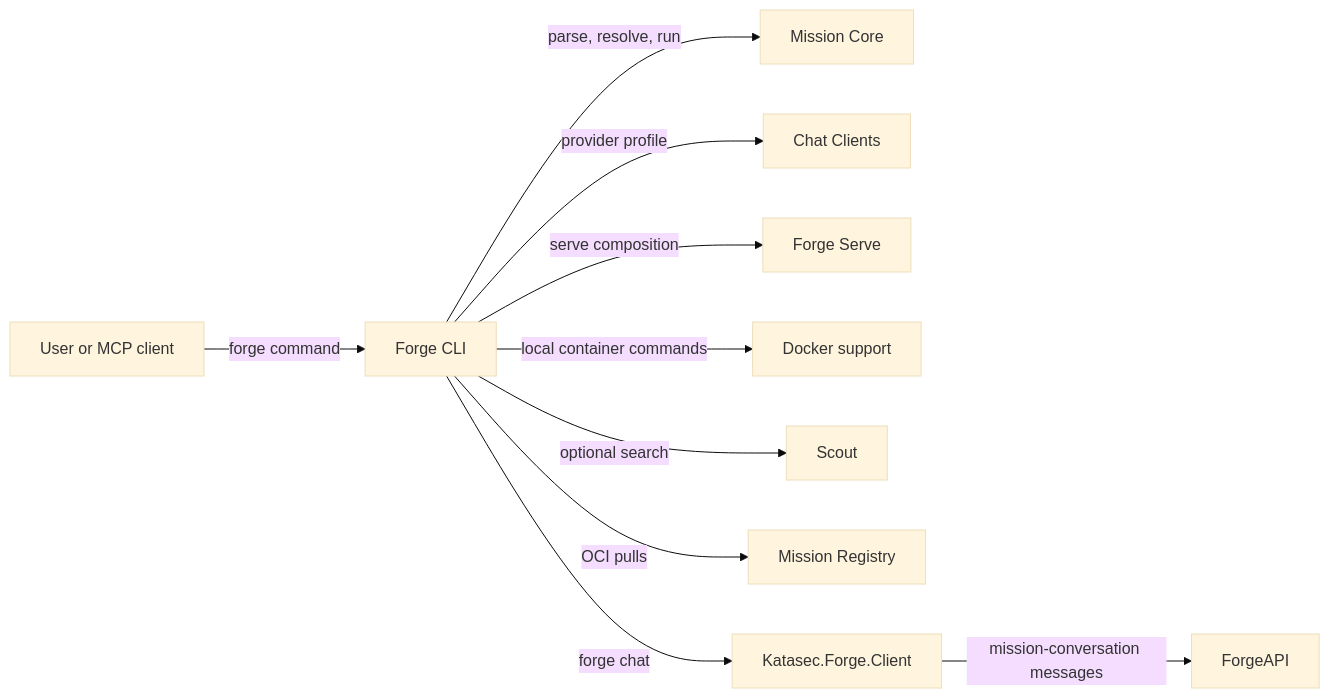
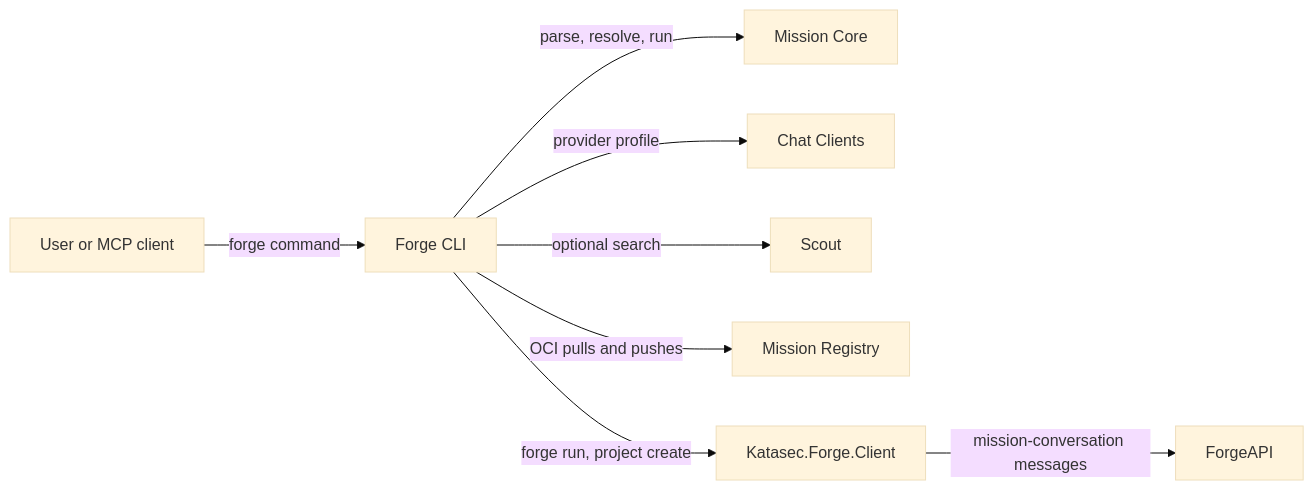
One commit to katasec/forge-mcl changed the diagram in src/ForgeMission.Cli/README.md. Above: the diagram before and after it, drawn with Mermaid (base theme). The commit also changed other lines of this file and 192 other files, not shown here.

First line of the commit message:
Phase 79: delete forge chat, serve, docker, terminal extensions and the Exec probe

````diff
--- a/src/ForgeMission.Cli/README.md
+++ b/src/ForgeMission.Cli/README.md
@@ -107,12 +57,10 @@
 ```mermaid
 flowchart LR
   User[User or MCP client] -->|forge command| CLI[Forge CLI]
   CLI -->|parse, resolve, run| Core[Mission Core]
   CLI -->|provider profile| Clients[Chat Clients]
-  CLI -->|serve composition| Serve[Forge Serve]
-  CLI -->|local container commands| Docker[Docker support]
   CLI -->|optional search| Scout[Scout]
-  CLI -->|OCI pulls| Registry[Mission Registry]
-  CLI -->|forge chat| Client[Katasec.Forge.Client]
+  CLI -->|OCI pulls and pushes| Registry[Mission Registry]
+  CLI -->|forge run, project create| Client[Katasec.Forge.Client]
   Client -->|mission-conversation messages| ForgeApi[ForgeAPI]
 ```
````
